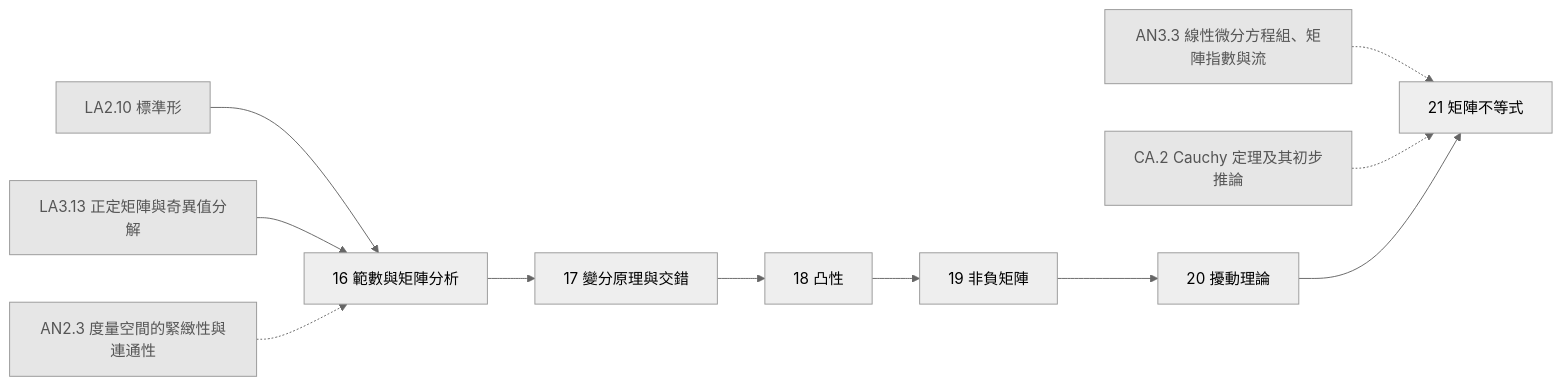
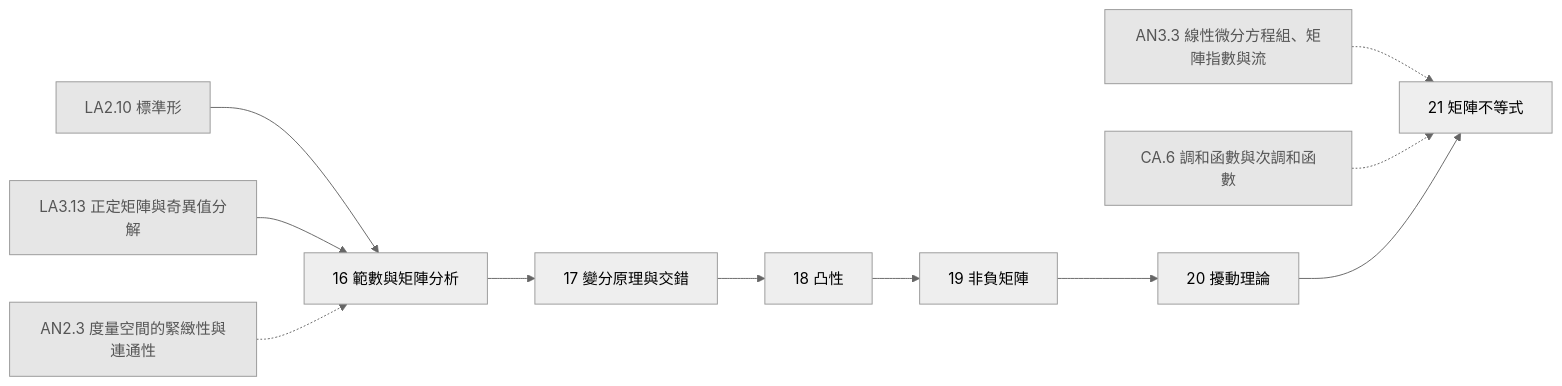
The diagram in generated/chapters/MA.mmd (AkizumiFox/math-atlas), drawn with Mermaid (neutral theme) before and after one commit. The commit also changed 5 other files, not shown here.

```diff
--- a/generated/chapters/MA.mmd
+++ b/generated/chapters/MA.mmd
@@ -1,25 +1,25 @@
 flowchart LR
   LA2_10["LA2.10 標準形"]:::ext
   LA3_13["LA3.13 正定矩陣與奇異值分解"]:::ext
   AN2_3["AN2.3 度量空間的緊緻性與連通性"]:::ext
   AN3_3["AN3.3 線性微分方程組、矩陣指數與流"]:::ext
-  CA_2["CA.2 Cauchy 定理及其初步推論"]:::ext
+  CA_6["CA.6 調和函數與次調和函數"]:::ext
   MA_16["16 範數與矩陣分析"]
   MA_17["17 變分原理與交錯"]
   MA_18["18 凸性"]
   MA_19["19 非負矩陣"]
   MA_20["20 擾動理論"]
   MA_21["21 矩陣不等式"]
   LA2_10 --> MA_16
   LA3_13 --> MA_16
   AN2_3 -.-> MA_16
   MA_16 --> MA_17
   MA_17 --> MA_18
   MA_18 --> MA_19
   MA_19 --> MA_20
   AN3_3 -.-> MA_21
-  CA_2 -.-> MA_21
+  CA_6 -.-> MA_21
   MA_20 --> MA_21
   classDef ext fill:#e6e6e6,stroke:#999,color:#555
   classDef opt fill:#fff,stroke:#999,stroke-dasharray:4 3,color:#555
   classDef segb fill:#f6f6fb,stroke:#99a,color:#333
```
